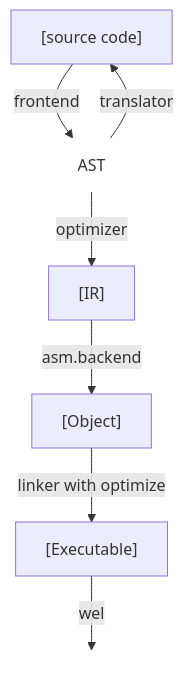
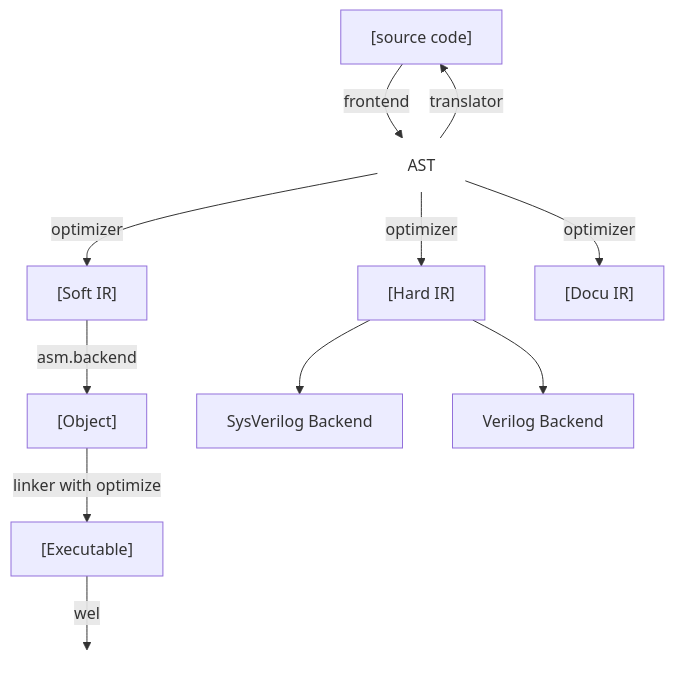
Before and after one commit to ArinaMgk/unisym: the diagram in magic/magice.md, drawn with Mermaid. The commit also changed other lines of this file and 26 other files, not shown here.

````diff
--- a/magic/magice.md
+++ b/magic/magice.md
@@ -3,17 +3,24 @@
 ```mermaid
 flowchart TB
     SRC["[source code]"]
-    IR["[IR]"]
+    IRs["[Soft IR]"]
+    IRh["[Hard IR]"]
+    IRd["[Docu IR]"]
     OBJ["[Object]"]
     EXE["[Executable]"]
 
     SRC -->|frontend| H1["AST"]
-    H1 -->|optimizer| IR
+    H1 -->|optimizer| IRs
+    H1 -->|optimizer| IRh
+    H1 -->|optimizer| IRd
     H1 -->|translator| SRC
-    IR -->|asm.backend| OBJ
+    IRs -->|asm.backend| OBJ
     OBJ -->|linker with optimize| EXE
     EXE -->|wel| H2[" "]
+
+	IRh --> SysVerilog["SysVerilog Backend"]
+	IRh --> Verilog["Verilog Backend"]
 
     style H1 fill:none,stroke:none,color:none
     style H2 fill:none,stroke:none,color:none
 ```
````
